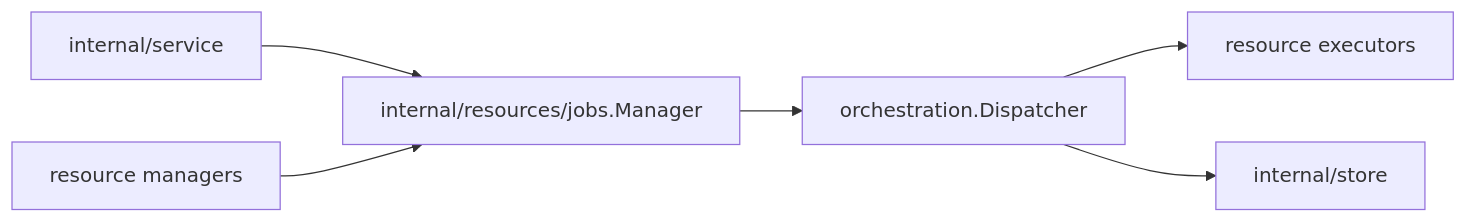
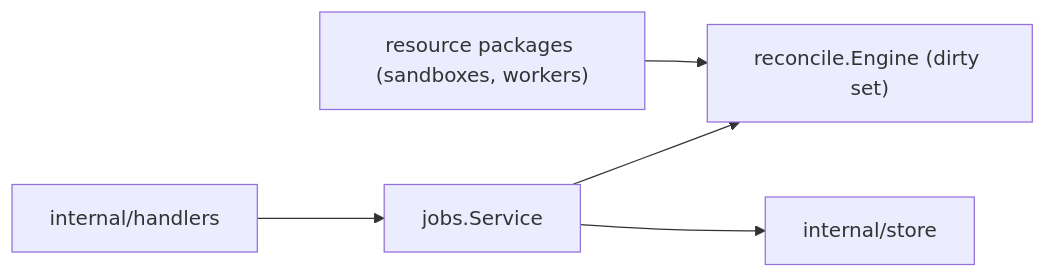
Before and after one commit to discobox-ai/discobox: the diagram in server/internal/resources/jobs/DESIGN.md, drawn with Mermaid. The commit also changed other lines of this file and 79 other files, not shown here.

First line of the commit message:
refactor(server): replace orchestration dispatcher with reconcile engine

````diff
--- a/server/internal/resources/jobs/DESIGN.md
+++ b/server/internal/resources/jobs/DESIGN.md
@@ -9,8 +10,7 @@
 ```mermaid
 flowchart LR
-    service[internal/service] --> manager[internal/resources/jobs.Manager]
-    resources[resource managers] --> manager
-    manager --> dispatcher[orchestration.Dispatcher]
-    dispatcher --> executors[resource executors]
-    dispatcher --> store[internal/store]
+    handlers[internal/handlers] --> jobs[jobs.Service]
+    jobs --> engine["reconcile.Engine (dirty set)"]
+    jobs --> store[internal/store]
+    intents["resource packages (sandboxes, workers)"] --> engine
 ```
````
